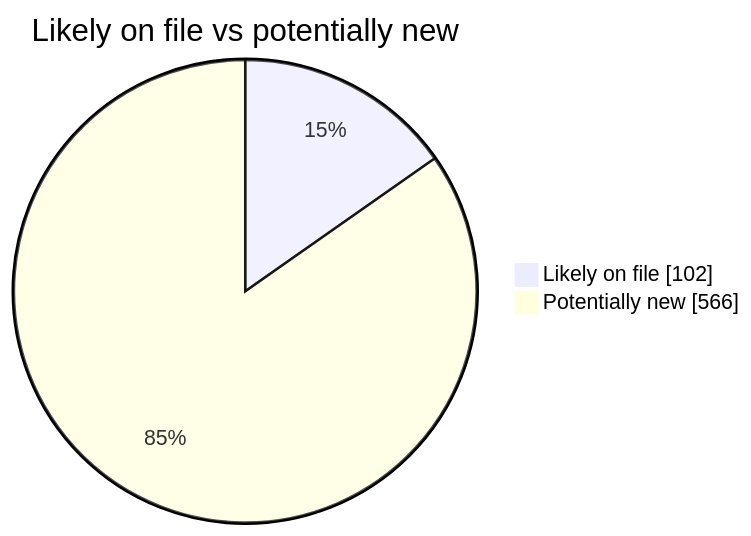
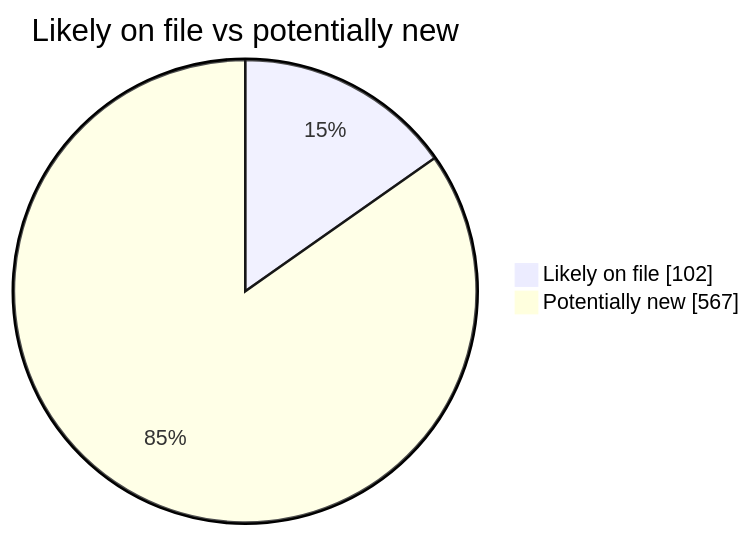
The second of 4 diagrams in README.md (martinbalfanz/social-scanner-reports), drawn with Mermaid before and after one commit. The commit also changed other lines of this file and 4 other files, not shown here.

````diff
--- a/README.md
+++ b/README.md
@@ -40,5 +40,5 @@
 ```mermaid
 pie showData title Likely on file vs potentially new
     "Likely on file" : 102
-    "Potentially new" : 566
+    "Potentially new" : 567
 ```
````
